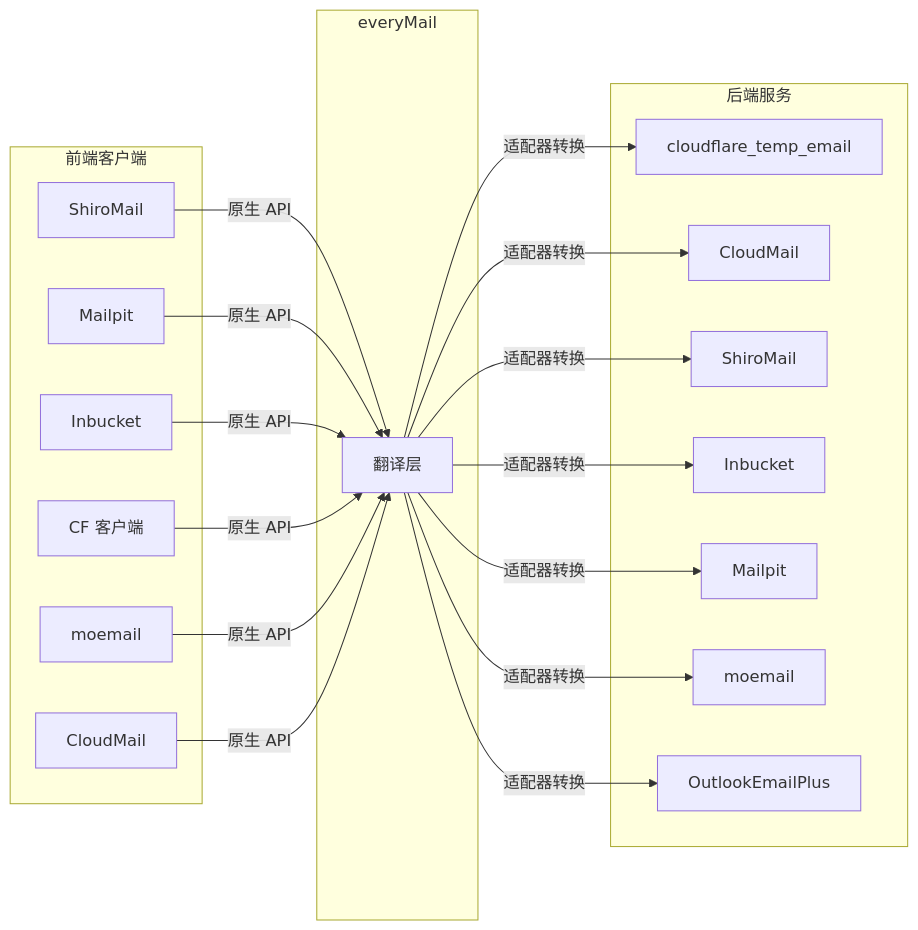
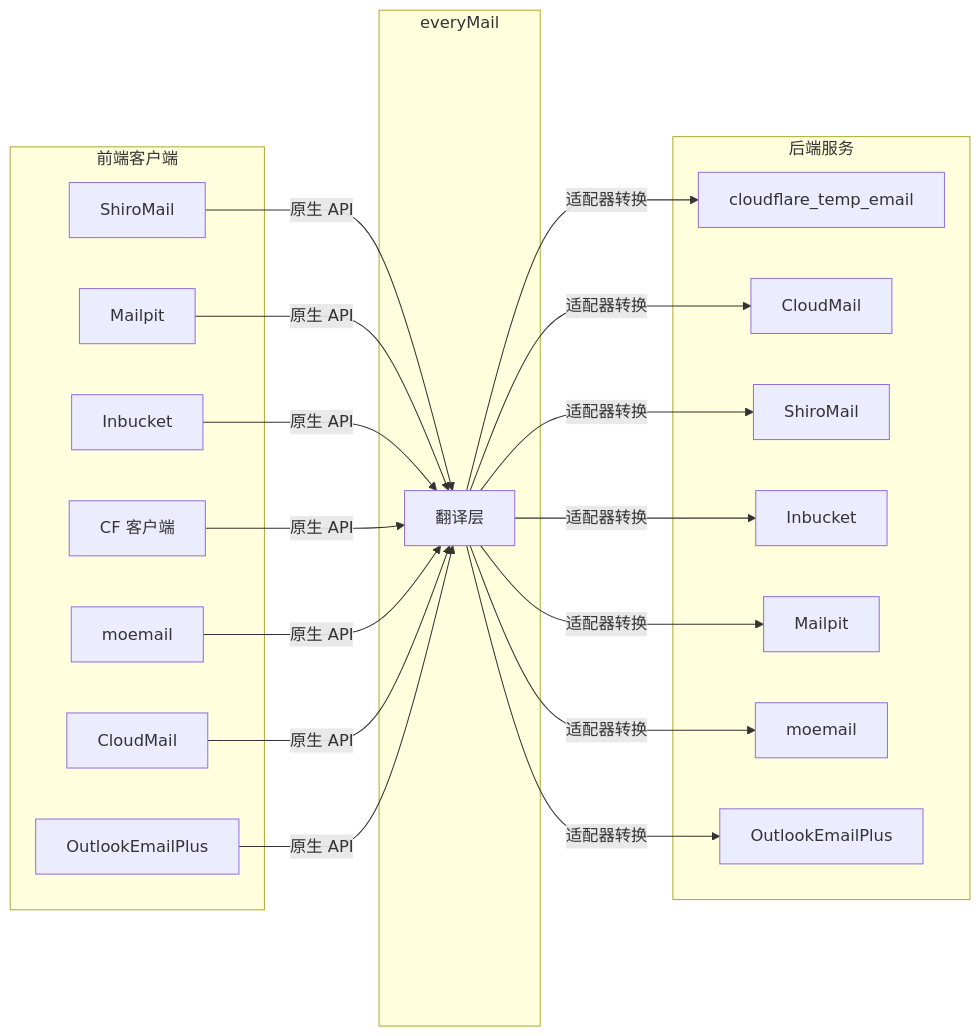
One commit to WangChuDi/everyMail changed the first of 3 diagrams in README.md. Above: the diagram before and after it, drawn with Mermaid. The commit also changed other lines of this file and 5 other files, not shown here.

First line of the commit message:
feat: add OutlookEmailPlus frontend format

````diff
--- a/README.md
+++ b/README.md
@@ -11,28 +11,29 @@
 ```mermaid
 graph LR
     subgraph 前端客户端
         A[ShiroMail]
         B[Mailpit]
         C[Inbucket]
         D[CF 客户端]
         E[moemail]
         F[CloudMail]
+        O[OutlookEmailPlus]
     end
 
     subgraph everyMail
         G[翻译层]
     end
 
     subgraph 后端服务
         H[cloudflare_temp_email]
         I[CloudMail]
         J[ShiroMail]
         K[Inbucket]
         L[Mailpit]
         M[moemail]
         N[OutlookEmailPlus]
     end
 
-    A & B & C & D & E & F -->|原生 API| G
+    A & B & C & D & E & F & O -->|原生 API| G
     G -->|适配器转换| H & I & J & K & L & M & N
 ```
````
